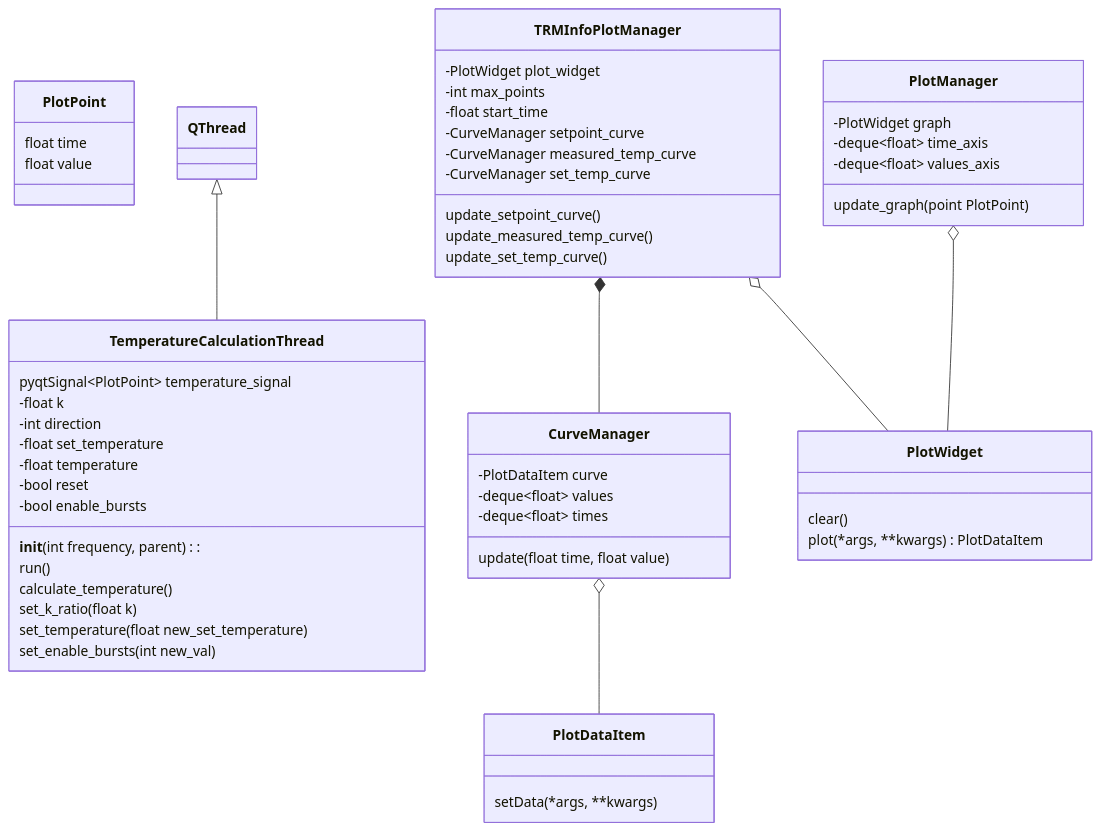
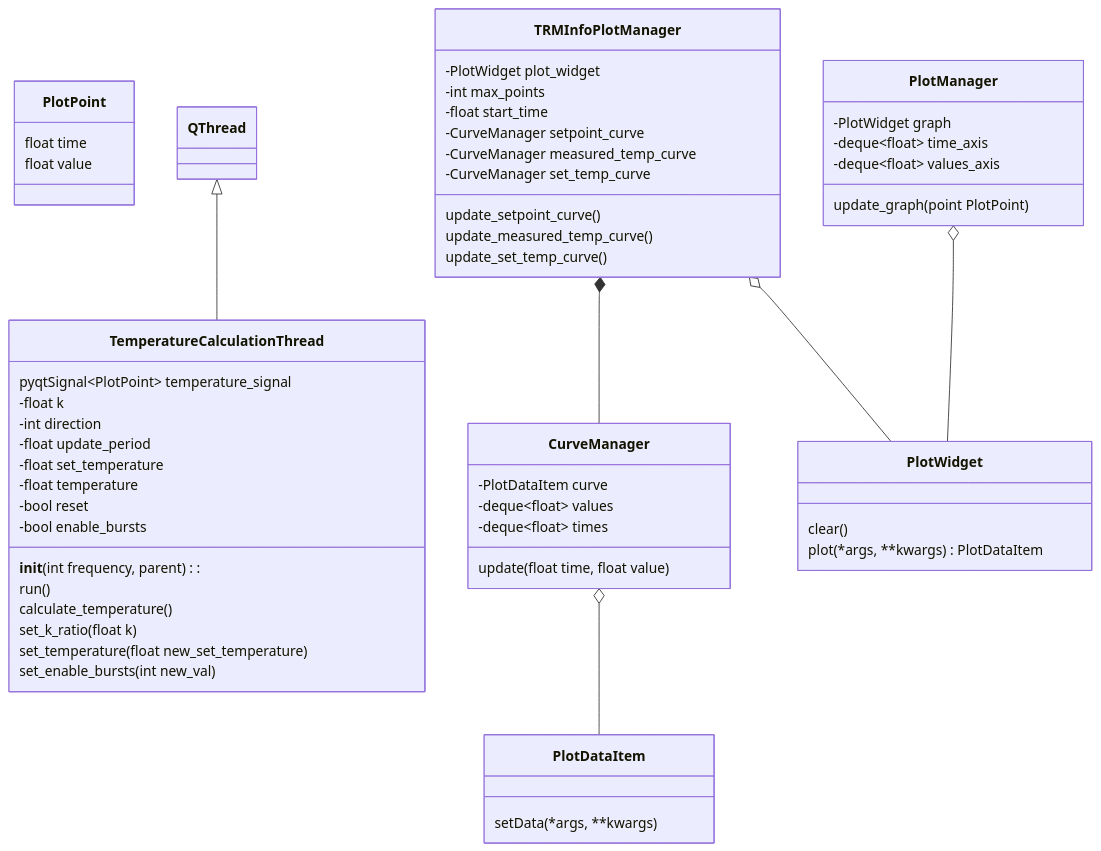
Before and after one commit to Marik28/dissertation: the fifth of 7 diagrams in data/diagrams/диаграмма классов.md, drawn with Mermaid. The commit also changed other lines of this file and 2 other files, not shown here.

````diff
--- a/data/diagrams/диаграмма классов.md
+++ b/data/diagrams/диаграмма классов.md
@@ -253,65 +264,66 @@
 ```mermaid
 classDiagram
     
     class TemperatureCalculationThread {
         pyqtSignal~PlotPoint~ temperature_signal
         -float k
         -int direction
+        -float update_period
         -float set_temperature
         -float temperature
         -bool reset
         -bool enable_bursts 
         __init__(int frequency, parent):
         run()
         calculate_temperature()
         set_k_ratio(float k)
         set_temperature(float new_set_temperature)
         set_enable_bursts(int new_val)
     }
     
     class PlotPoint{
         float time
         float value
     }
     
     class PlotManager {
         -PlotWidget graph
         -deque~float~ time_axis
         -deque~float~ values_axis
         update_graph(point PlotPoint)
     }
     
     class CurveManager {
         -PlotDataItem curve
         -deque~float~ values
         -deque~float~ times
         update(float time, float value)
     }
     
     class TRMInfoPlotManager {
         -PlotWidget plot_widget
         -int max_points
         -float start_time
         -CurveManager setpoint_curve
         -CurveManager measured_temp_curve
         -CurveManager set_temp_curve
         update_setpoint_curve()       
         update_measured_temp_curve()       
         update_set_temp_curve()       
     }
     
     class PlotWidget {
         clear()
         plot(*args, **kwargs) PlotDataItem
     }
     
     class PlotDataItem {
         setData(*args, **kwargs)
     }
     
     QThread <|-- TemperatureCalculationThread
     TRMInfoPlotManager *-- CurveManager
     TRMInfoPlotManager o-- PlotWidget
     PlotManager o-- PlotWidget
     CurveManager o-- PlotDataItem
 ```
````
